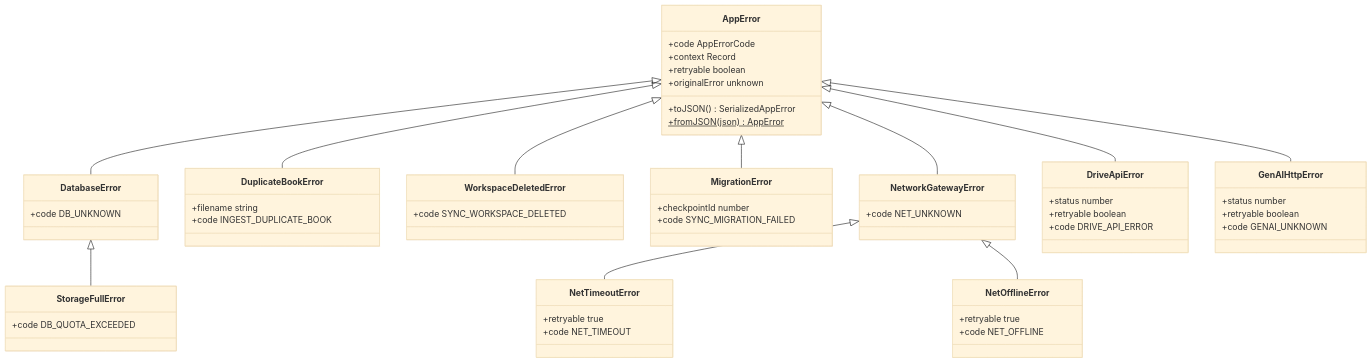
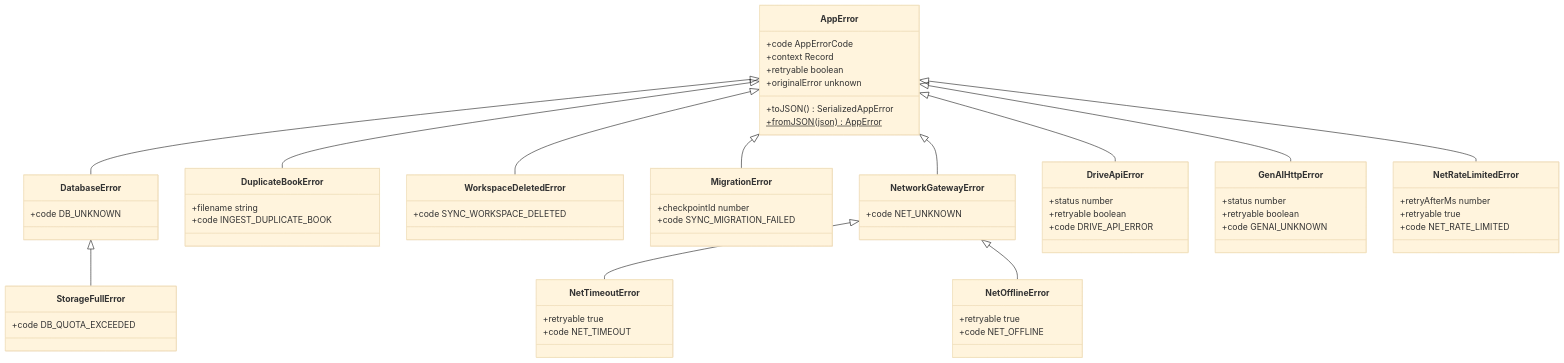
One commit to vrwarp/versicle changed the first of 5 diagrams in docs/comprehensive/15-error-handling-and-recovery.md. Above: the diagram before and after it, drawn with Mermaid (base theme). The commit also changed other lines of this file and 17 other files, not shown here.

````diff
--- a/docs/comprehensive/15-error-handling-and-recovery.md
+++ b/docs/comprehensive/15-error-handling-and-recovery.md
@@ -130,59 +148,65 @@
 ```mermaid
 classDiagram
     class AppError {
         +code AppErrorCode
         +context Record
         +retryable boolean
         +originalError unknown
         +toJSON() SerializedAppError
         +fromJSON(json) AppError$
     }
     class DatabaseError {
         +code DB_UNKNOWN
     }
     class StorageFullError {
         +code DB_QUOTA_EXCEEDED
     }
     class DuplicateBookError {
         +filename string
         +code INGEST_DUPLICATE_BOOK
     }
     class WorkspaceDeletedError {
         +code SYNC_WORKSPACE_DELETED
     }
     class MigrationError {
         +checkpointId number
         +code SYNC_MIGRATION_FAILED
     }
     class NetworkGatewayError {
         +code NET_UNKNOWN
     }
     class NetTimeoutError {
         +retryable true
         +code NET_TIMEOUT
     }
     class NetOfflineError {
         +retryable true
         +code NET_OFFLINE
     }
     class DriveApiError {
         +status number
         +retryable boolean
         +code DRIVE_API_ERROR
     }
     class GenAIHttpError {
         +status number
         +retryable boolean
         +code GENAI_UNKNOWN
     }
+    class NetRateLimitedError {
+        +retryAfterMs number
+        +retryable true
+        +code NET_RATE_LIMITED
+    }
     AppError <|-- DatabaseError
     AppError <|-- DuplicateBookError
     AppError <|-- WorkspaceDeletedError
     AppError <|-- MigrationError
     AppError <|-- NetworkGatewayError
     AppError <|-- DriveApiError
     AppError <|-- GenAIHttpError
+    AppError <|-- NetRateLimitedError
     DatabaseError <|-- StorageFullError
     NetworkGatewayError <|-- NetTimeoutError
     NetworkGatewayError <|-- NetOfflineError
 ```
````
